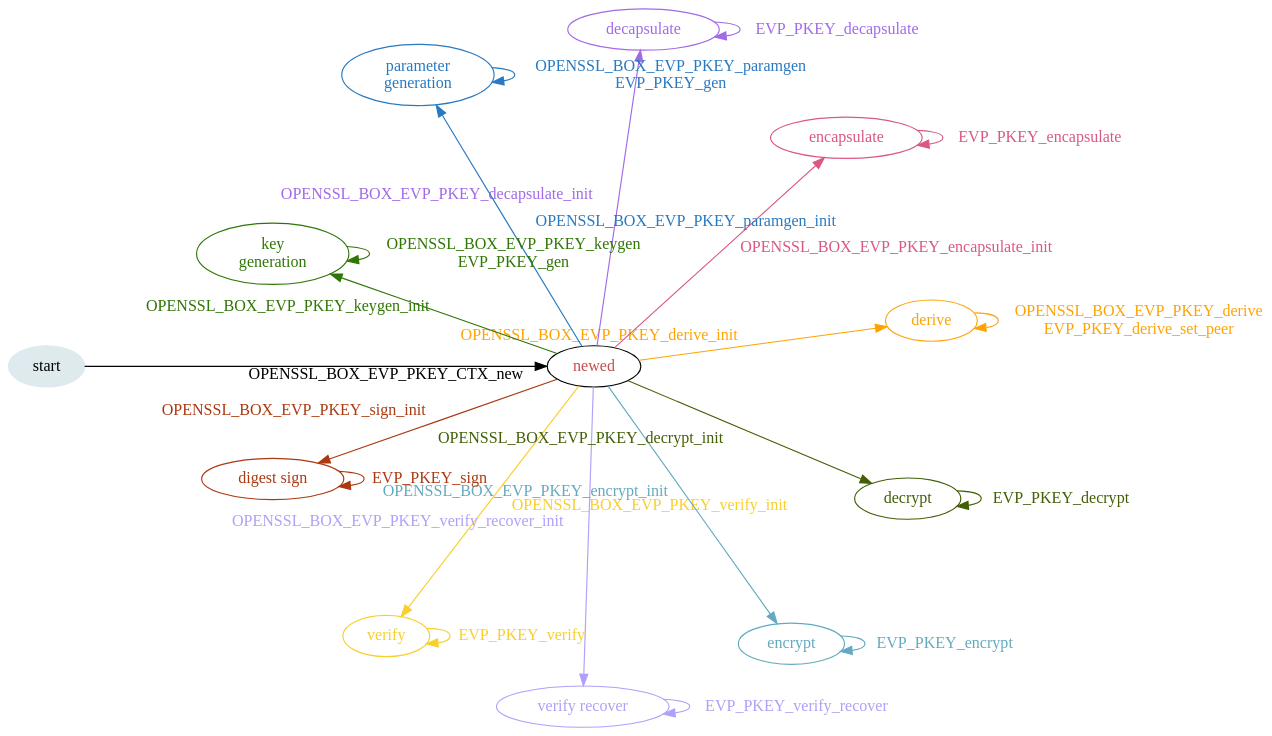
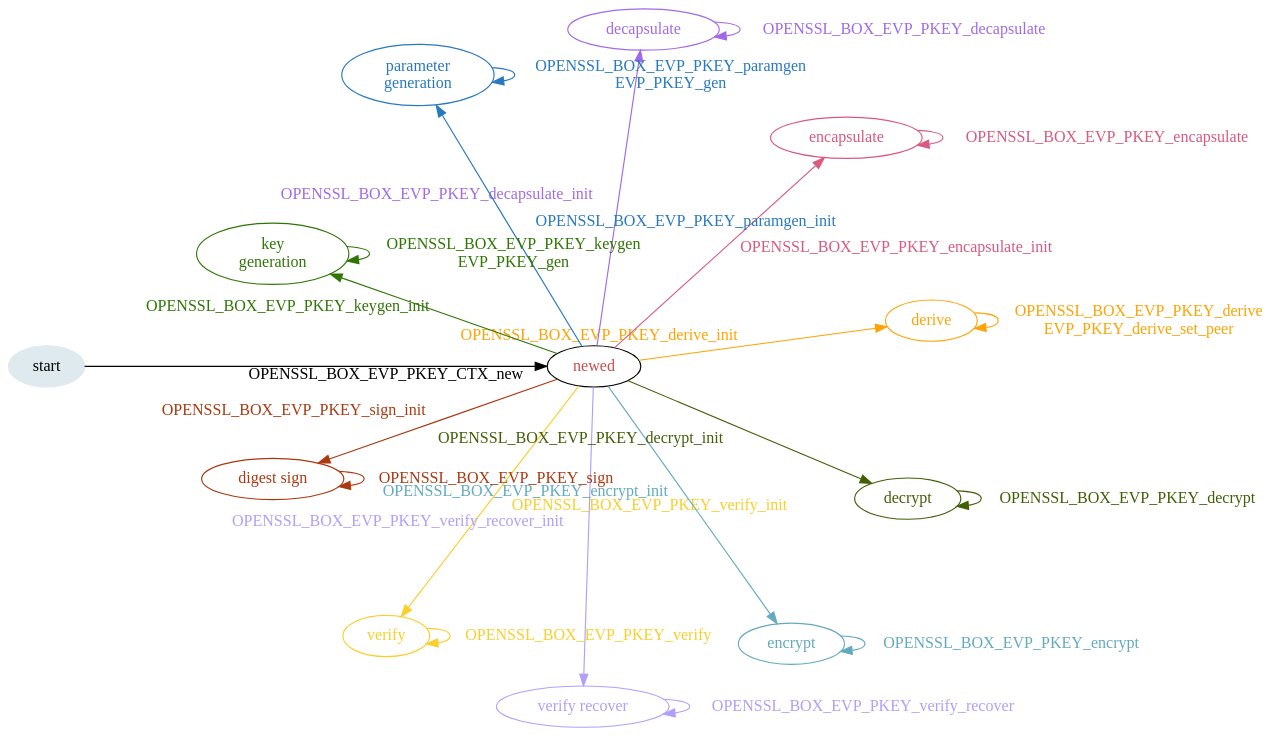
The diagram in doc/life-cycles/pkey.dot (jogme/openssl), drawn with Graphviz before and after one commit. The commit also changed 587 other files, not shown here.

```diff
--- a/doc/life-cycles/pkey.dot
+++ b/doc/life-cycles/pkey.dot
@@ -1,49 +1,49 @@
 strict digraph pkey {
     bgcolor="transparent";
     layout=circo
 
     begin [label=start, color="#deeaee", style="filled"];
     newed [fontcolor="#c94c4c", style="solid"];
     digestsign [label="digest sign", fontcolor="#AB3910", color="#AB3910"]
     verify [fontcolor="#F8CF2C", color="#F8CF2C"]
     verifyrecover [label="verify recover", fontcolor="#B19FF9", color="#B19FF9"]
     encrypt [fontcolor="#63AAC0", color="#63AAC0"]
     decrypt [fontcolor="#425F06", color="#425F06"]
     derive [fontcolor="#FEA303", color="#FEA303"]
     encapsulate [fontcolor="#D95980", color="#D95980"]
     decapsulate [fontcolor="#A16AE8", color="#A16AE8"]
     paramgen [label="parameter\ngeneration", fontcolor="#2879C0", color="#2879C0"]
     keygen [label="key\ngeneration", fontcolor="#2F7604", color="#2F7604"]
 
     begin -> newed [label="OPENSSL_BOX_EVP_PKEY_CTX_new"];
 
     newed -> digestsign [label="OPENSSL_BOX_EVP_PKEY_sign_init", color="#AB3910", fontcolor="#AB3910"];
-    digestsign -> digestsign [label="EVP_PKEY_sign", color="#AB3910", fontcolor="#AB3910"];
+    digestsign -> digestsign [label="OPENSSL_BOX_EVP_PKEY_sign", color="#AB3910", fontcolor="#AB3910"];
 
     newed -> verify [label="OPENSSL_BOX_EVP_PKEY_verify_init", fontcolor="#F8CF2C", color="#F8CF2C"];
-    verify -> verify [label="EVP_PKEY_verify", fontcolor="#F8CF2C", color="#F8CF2C"];
+    verify -> verify [label="OPENSSL_BOX_EVP_PKEY_verify", fontcolor="#F8CF2C", color="#F8CF2C"];
 
     newed -> verifyrecover [label="OPENSSL_BOX_EVP_PKEY_verify_recover_init", fontcolor="#B19FF9", color="#B19FF9"];
-    verifyrecover -> verifyrecover [label="EVP_PKEY_verify_recover", fontcolor="#B19FF9", color="#B19FF9"];
+    verifyrecover -> verifyrecover [label="OPENSSL_BOX_EVP_PKEY_verify_recover", fontcolor="#B19FF9", color="#B19FF9"];
 
     newed -> encrypt [label="OPENSSL_BOX_EVP_PKEY_encrypt_init", fontcolor="#63AAC0", color="#63AAC0"];
-    encrypt -> encrypt [label="EVP_PKEY_encrypt", fontcolor="#63AAC0", color="#63AAC0"];
+    encrypt -> encrypt [label="OPENSSL_BOX_EVP_PKEY_encrypt", fontcolor="#63AAC0", color="#63AAC0"];
 
     newed -> decrypt [label="OPENSSL_BOX_EVP_PKEY_decrypt_init", fontcolor="#425F06", color="#425F06"];
-    decrypt -> decrypt [label="EVP_PKEY_decrypt", fontcolor="#425F06", color="#425F06"];
+    decrypt -> decrypt [label="OPENSSL_BOX_EVP_PKEY_decrypt", fontcolor="#425F06", color="#425F06"];
 
     newed -> derive [label="OPENSSL_BOX_EVP_PKEY_derive_init", fontcolor="#FEA303", color="#FEA303"];
     derive -> derive [label="OPENSSL_BOX_EVP_PKEY_derive\nEVP_PKEY_derive_set_peer", fontcolor="#FEA303", color="#FEA303"];
 
     newed -> encapsulate [label="OPENSSL_BOX_EVP_PKEY_encapsulate_init", fontcolor="#D95980", color="#D95980"];
-    encapsulate -> encapsulate [label="EVP_PKEY_encapsulate", fontcolor="#D95980", color="#D95980"];
+    encapsulate -> encapsulate [label="OPENSSL_BOX_EVP_PKEY_encapsulate", fontcolor="#D95980", color="#D95980"];
 
     newed -> decapsulate [label="OPENSSL_BOX_EVP_PKEY_decapsulate_init", fontcolor="#A16AE8", color="#A16AE8"];
-    decapsulate -> decapsulate [label="EVP_PKEY_decapsulate", fontcolor="#A16AE8", color="#A16AE8"];
+    decapsulate -> decapsulate [label="OPENSSL_BOX_EVP_PKEY_decapsulate", fontcolor="#A16AE8", color="#A16AE8"];
 
     newed -> paramgen [label="OPENSSL_BOX_EVP_PKEY_paramgen_init", fontcolor="#2879C0", color="#2879C0"];
     paramgen -> paramgen [label="OPENSSL_BOX_EVP_PKEY_paramgen\nEVP_PKEY_gen", fontcolor="#2879C0", color="#2879C0"];
 
     newed -> keygen [label="OPENSSL_BOX_EVP_PKEY_keygen_init", fontcolor="#2F7604", color="#2F7604"];
     keygen -> keygen [label="OPENSSL_BOX_EVP_PKEY_keygen\nEVP_PKEY_gen", fontcolor="#2F7604", color="#2F7604"];
 }
```
